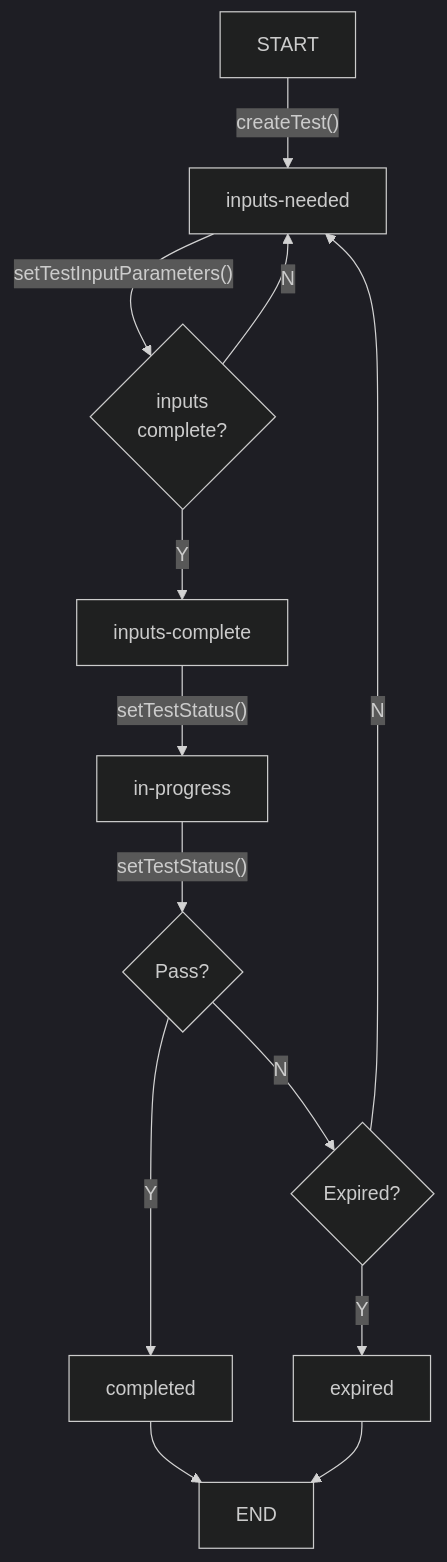
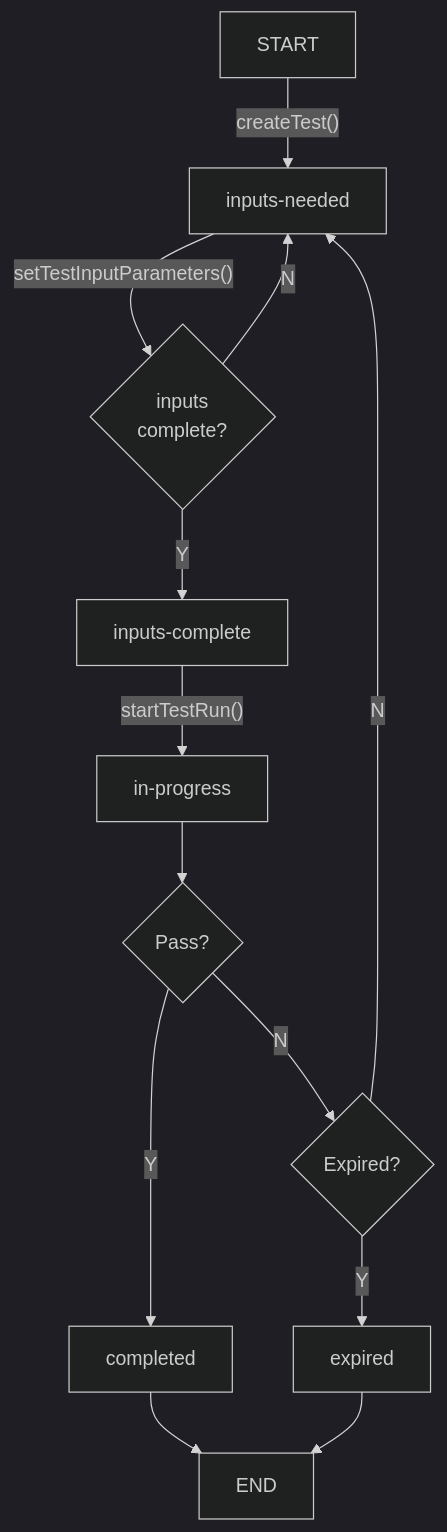
Before and after one commit to icann/rst-api-spec: the diagram in etc/test-object-state-machine.mmd, drawn with Mermaid (dark theme). The commit also changed 2 other files, not shown here.

```diff
--- a/etc/test-object-state-machine.mmd
+++ b/etc/test-object-state-machine.mmd
@@ -1,13 +1,13 @@
 flowchart TD
     START[START] --> |"createTest()"| A
     A[inputs-needed] -->|"setTestInputParameters()"| B{inputs<br>complete?}
     B -->|N| A
     B -->|Y| C[inputs-complete]
-    C -->|"setTestStatus()"| E1[in-progress]
-    E1 --> |"setTestStatus()"| G{Pass?}
+    C -->|"startTestRun()"| E1[in-progress]
+    E1 --> G{Pass?}
     G --> |Y| H[completed]
     G --> |N| I{Expired?}
     I --> |N| A
     I --> |Y| J[expired]
     H --> END
     J --> END
```
